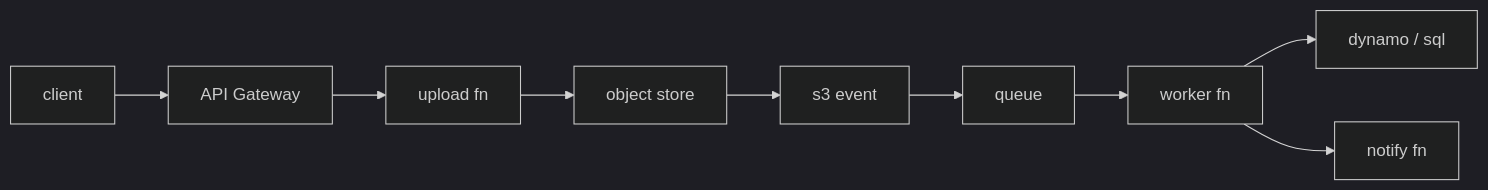
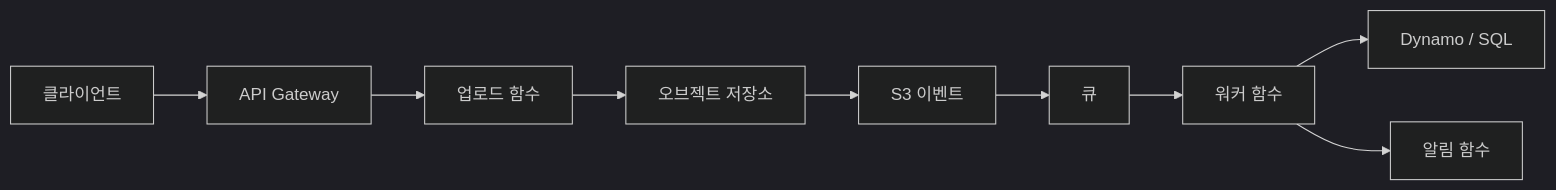
Before and after one commit to yeongseon-books/book-content: the diagram in content/serverless-101/ko/10-serverless-app-design.md, drawn with Mermaid (dark theme). The commit also changed other lines of this file and 3 other files, not shown here.

````diff
--- a/content/serverless-101/ko/10-serverless-app-design.md
+++ b/content/serverless-101/ko/10-serverless-app-design.md
@@ -33,11 +55,11 @@
 ```mermaid
 flowchart LR
-    Client["client"] --> API["API Gateway"]
-    API --> Upload["upload fn"]
-    Upload --> S3["object store"]
-    S3 --> Trigger["s3 event"]
-    Trigger --> Queue["queue"]
-    Queue --> Worker["worker fn"]
-    Worker --> DB["dynamo / sql"]
-    Worker --> Notify["notify fn"]
+    Client["클라이언트"] --> API["API Gateway"]
+    API --> Upload["업로드 함수"]
+    Upload --> S3["오브젝트 저장소"]
+    S3 --> Trigger["S3 이벤트"]
+    Trigger --> Queue["큐"]
+    Queue --> Worker["워커 함수"]
+    Worker --> DB["Dynamo / SQL"]
+    Worker --> Notify["알림 함수"]
 ```
````
